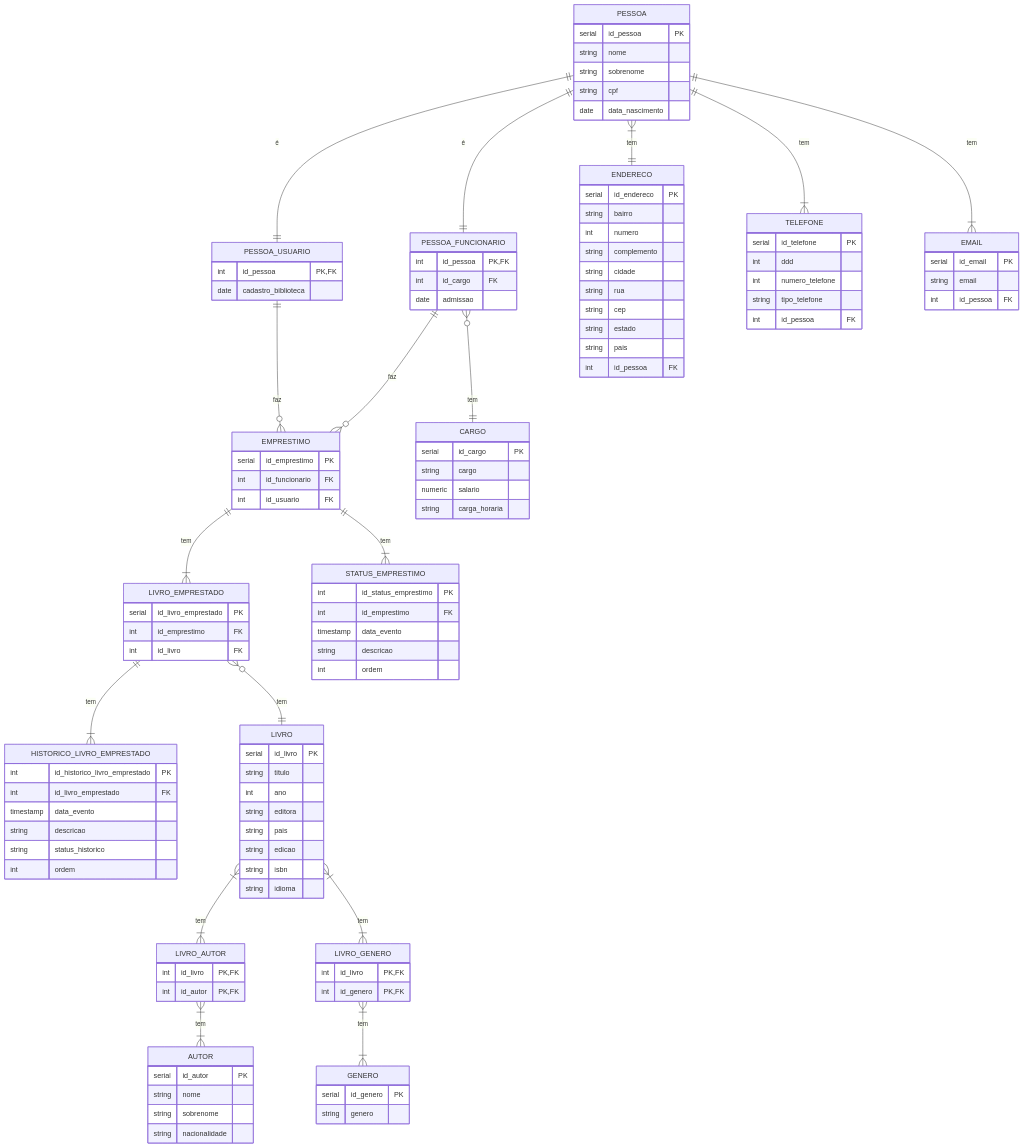
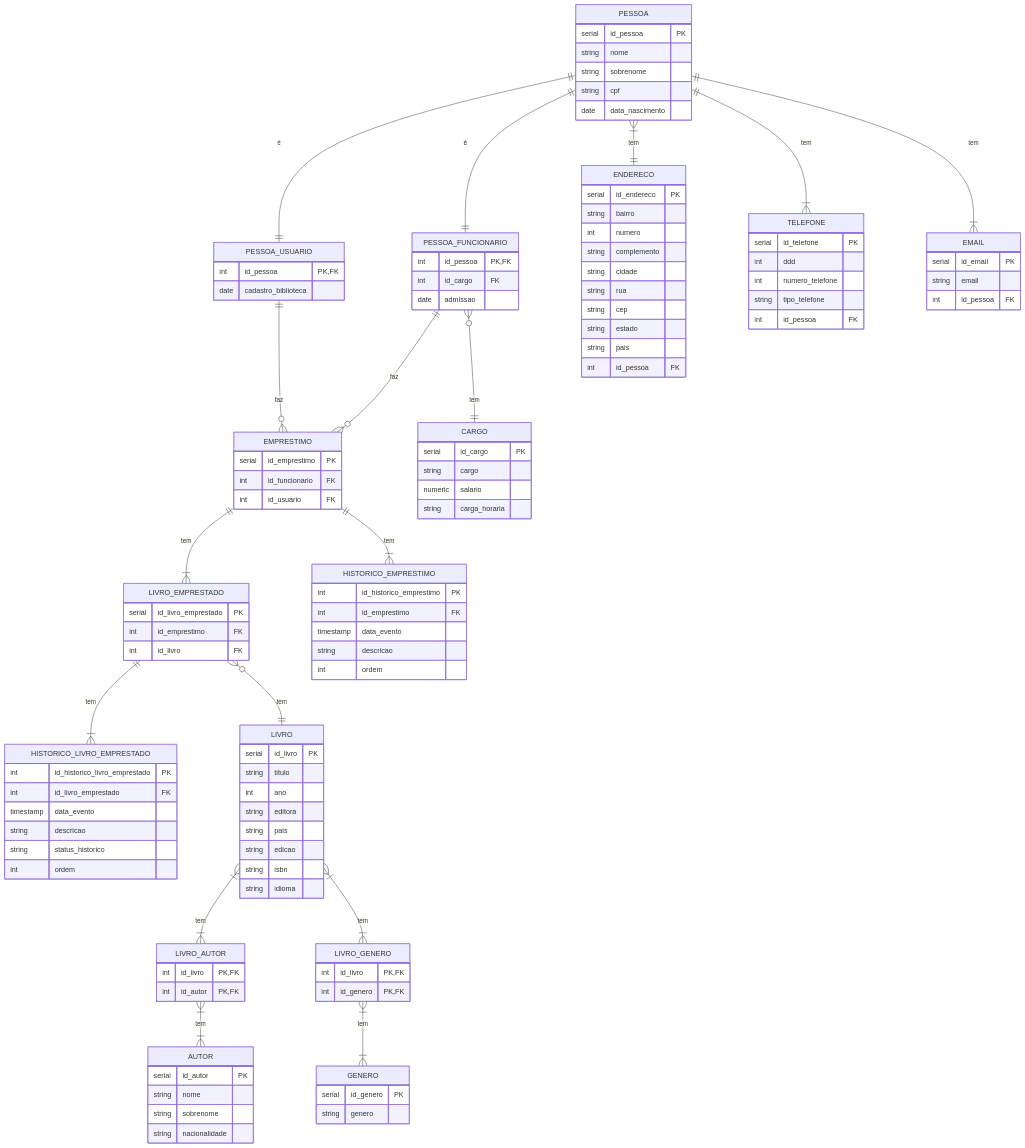
One commit to Projeto-Final-Andre/Biblioteca-BD changed the diagram in Diagrama.md. Above: the diagram before and after it, drawn with Mermaid.

Commit message:
fix: standardization

```diff
--- a/Diagrama.md
+++ b/Diagrama.md
@@ -3,7 +3,7 @@
     PESSOA_USUARIO ||--o{ EMPRESTIMO : faz
     PESSOA_FUNCIONARIO ||--o{ EMPRESTIMO : faz
     EMPRESTIMO ||--|{ LIVRO_EMPRESTADO : tem
-    EMPRESTIMO ||--|{ STATUS_EMPRESTIMO : tem
+    EMPRESTIMO ||--|{ HISTORICO_EMPRESTIMO : tem
     PESSOA_FUNCIONARIO }o--|| CARGO : tem
     PESSOA ||--|| PESSOA_USUARIO : é
     PESSOA ||--|| PESSOA_FUNCIONARIO : é
@@ -50,8 +50,8 @@
         int id_usuario FK
     }
 
-    STATUS_EMPRESTIMO {
-        int id_status_emprestimo PK
+    HISTORICO_EMPRESTIMO {
+        int id_historico_emprestimo PK
         int id_emprestimo FK
         timestamp data_evento
         string descricao
```
